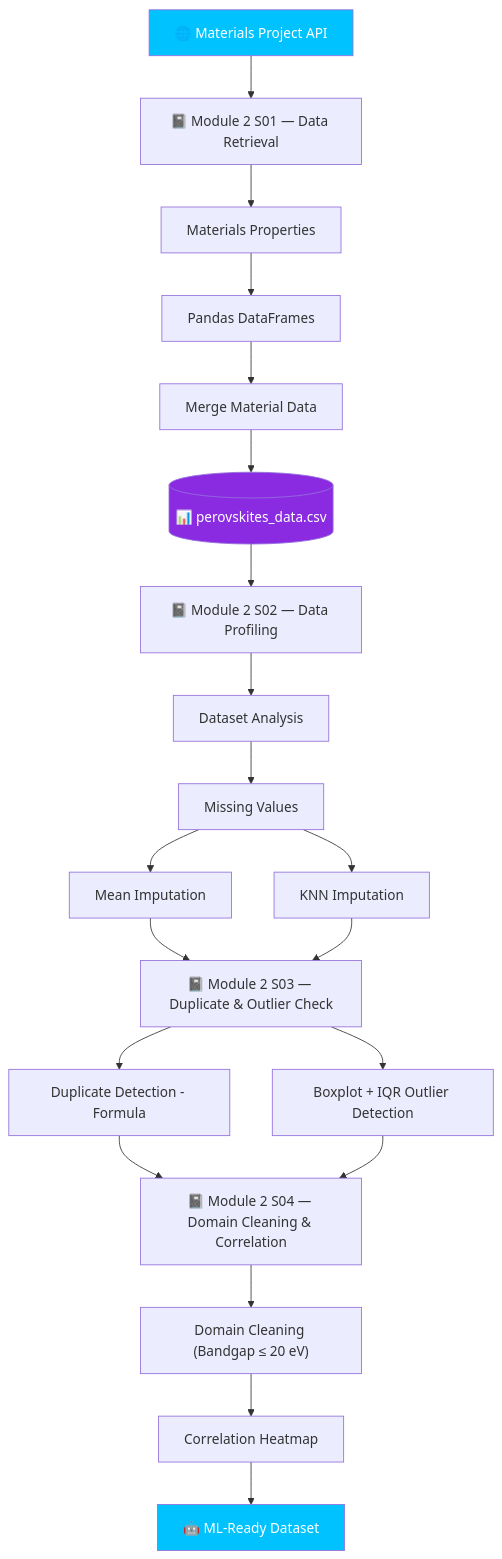
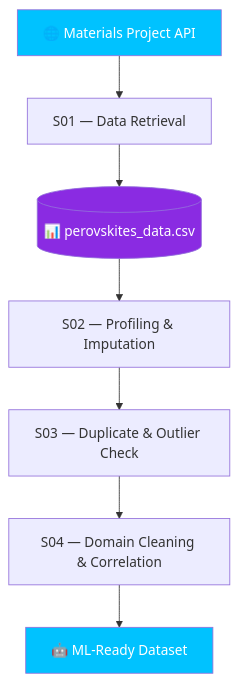
One commit to atul9155124/AI-MAT-SCI-MURARI changed the diagram in README.md. Above: the diagram before and after it, drawn with Mermaid. The commit also changed other lines of this file, not shown here.

````diff
--- a/README.md
+++ b/README.md
@@ -369,26 +262,13 @@
 ```mermaid
 flowchart TD
-    A[🌐 Materials Project API] --> B[📓 Module 2 S01 — Data Retrieval]
-    B --> C[Materials Properties]
-    C --> D[Pandas DataFrames]
-    D --> E[Merge Material Data]
-    E --> F[(📊 perovskites_data.csv)]
-    F --> G[📓 Module 2 S02 — Data Profiling]
-    G --> H[Dataset Analysis]
-    H --> I[Missing Values]
-    I --> J[Mean Imputation]
-    I --> K[KNN Imputation]
-    J --> L[📓 Module 2 S03 — Duplicate & Outlier Check]
-    K --> L
-    L --> M[Duplicate Detection - Formula]
-    L --> N[Boxplot + IQR Outlier Detection]
-    M --> O[📓 Module 2 S04 — Domain Cleaning & Correlation]
-    N --> O
-    O --> P["Domain Cleaning (Bandgap ≤ 20 eV)"]
-    P --> Q[Correlation Heatmap]
-    Q --> R[🤖 ML-Ready Dataset]
+    A[🌐 Materials Project API] --> B[S01 — Data Retrieval]
+    B --> C[(📊 perovskites_data.csv)]
+    C --> D[S02 — Profiling & Imputation]
+    D --> E[S03 — Duplicate & Outlier Check]
+    E --> F[S04 — Domain Cleaning & Correlation]
+    F --> G[🤖 ML-Ready Dataset]
 
     style A fill:#00C2FF,color:#fff
-    style F fill:#8A2BE2,color:#fff
-    style R fill:#00C2FF,color:#fff
+    style C fill:#8A2BE2,color:#fff
+    style G fill:#00C2FF,color:#fff
 ```
````
